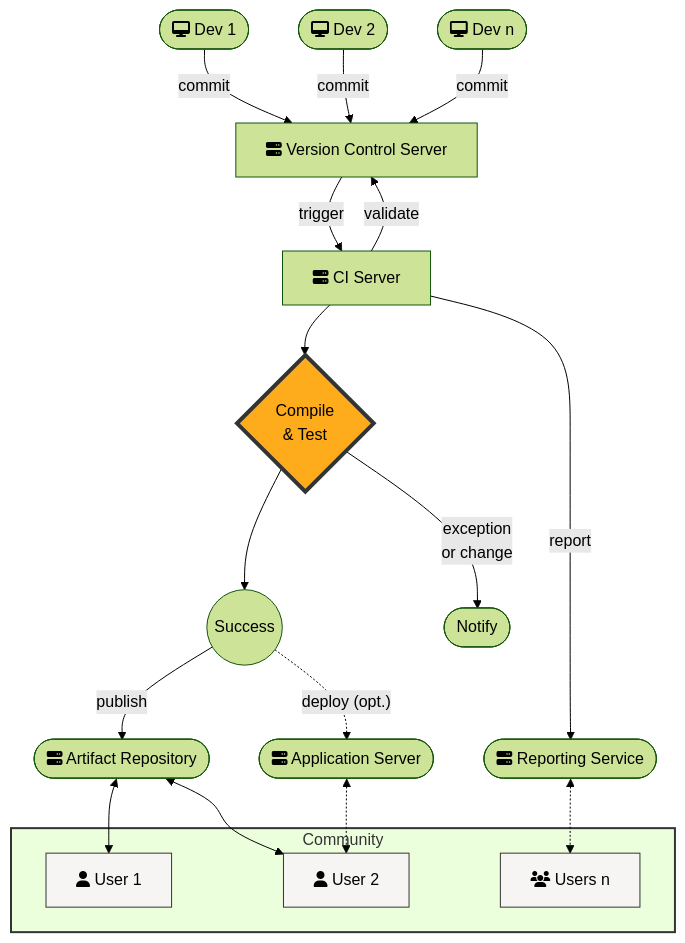
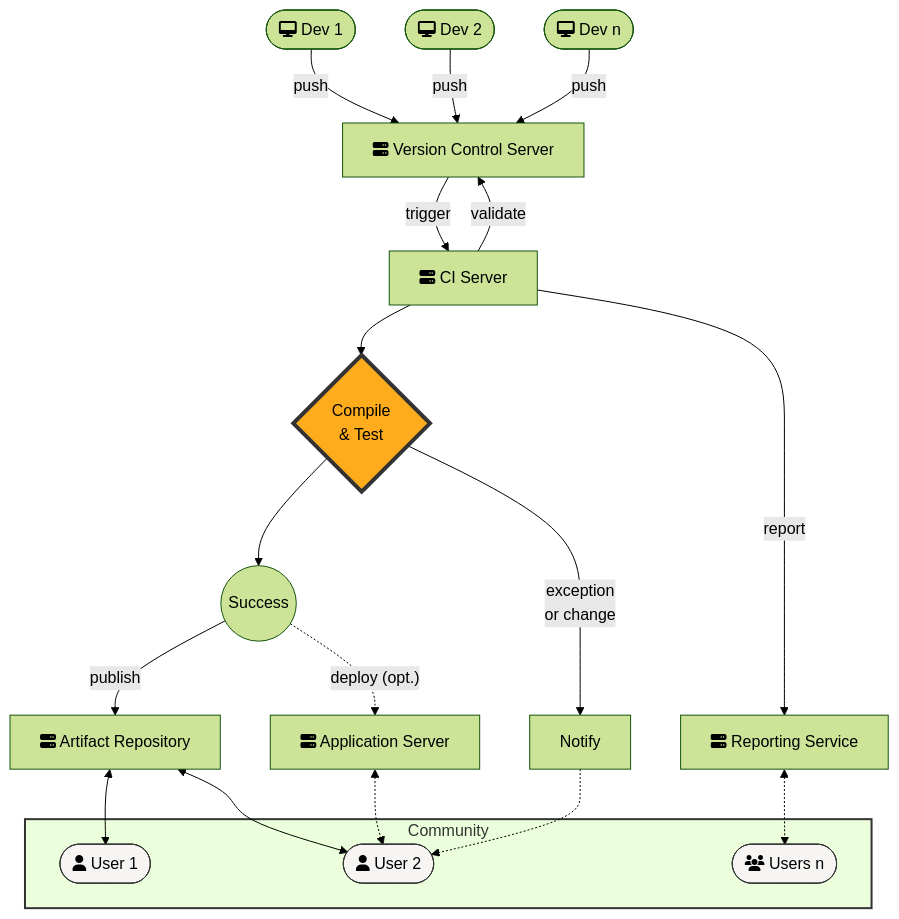
One commit to NASA-AMMOS/slim changed the second of 2 diagrams in continuous-integration/reference-architectures/README.md. Above: the diagram before and after it, drawn with Mermaid (forest theme). The commit also changed other lines of this file and 1 other file, not shown here.

````diff
--- a/continuous-integration/reference-architectures/README.md
+++ b/continuous-integration/reference-architectures/README.md
@@ -160,30 +159,31 @@
 ```mermaid
 flowchart TB
-    D1([fa:fa-desktop Dev 1]) -->|commit| R[fa:fa-server Version Control Server]
-    D2([fa:fa-desktop Dev 2]) -->|commit| R
-    Dn([fa:fa-desktop Dev n]) -->|commit| R
+    D1([fa:fa-desktop Dev 1]) -->|push| R[fa:fa-server Version Control Server]
+    D2([fa:fa-desktop Dev 2]) -->|push| R
+    Dn([fa:fa-desktop Dev n]) -->|push| R
     R -->|trigger| C[fa:fa-server CI Server]
     C-->|validate| R
-    C-->|report| RS([fa:fa-server Reporting Service])
+    C-->|report| RS[fa:fa-server Reporting Service]
     Q{"Compile<br/>& Test"}
     S((Success))
-    F([Notify])
+    F[Notify]
     style Q fill:#FFAC1C,stroke:#333,stroke-width:4px
     C-->Q
     Q-->S
     Q-->|exception<br/>or change|F
-    S-->|publish| AR([fa:fa-server Artifact Repository])
-    S-.->|"deploy (opt.)"| AS([fa:fa-server Application Server])
+    S-->|publish| AR[fa:fa-server Artifact Repository]
+    S-.->|"deploy (opt.)"| AS[fa:fa-server Application Server]
     subgraph Community
-        U1[fa:fa-user User 1]
-        U2[fa:fa-user User 2]
-        Un[fa:fa-users Users n]
+        U1([fa:fa-user User 1])
+        U2([fa:fa-user User 2])
+        Un([fa:fa-users Users n])
     end
+    style Community fill:#ECFFDC,stroke:#333,stroke-width:2px
     AR<-->U1 & U2
     AS<-.->U2
     RS<-.->Un
-    style Community fill:#ECFFDC,stroke:#333,stroke-width:2px
+    F-.->U2
     style U1 fill:#F6F5F3,stroke:#333,stroke-width:1px
     style U2 fill:#F6F5F3,stroke:#333,stroke-width:1px
     style Un fill:#F6F5F3,stroke:#333,stroke-width:1px
 ```
````
